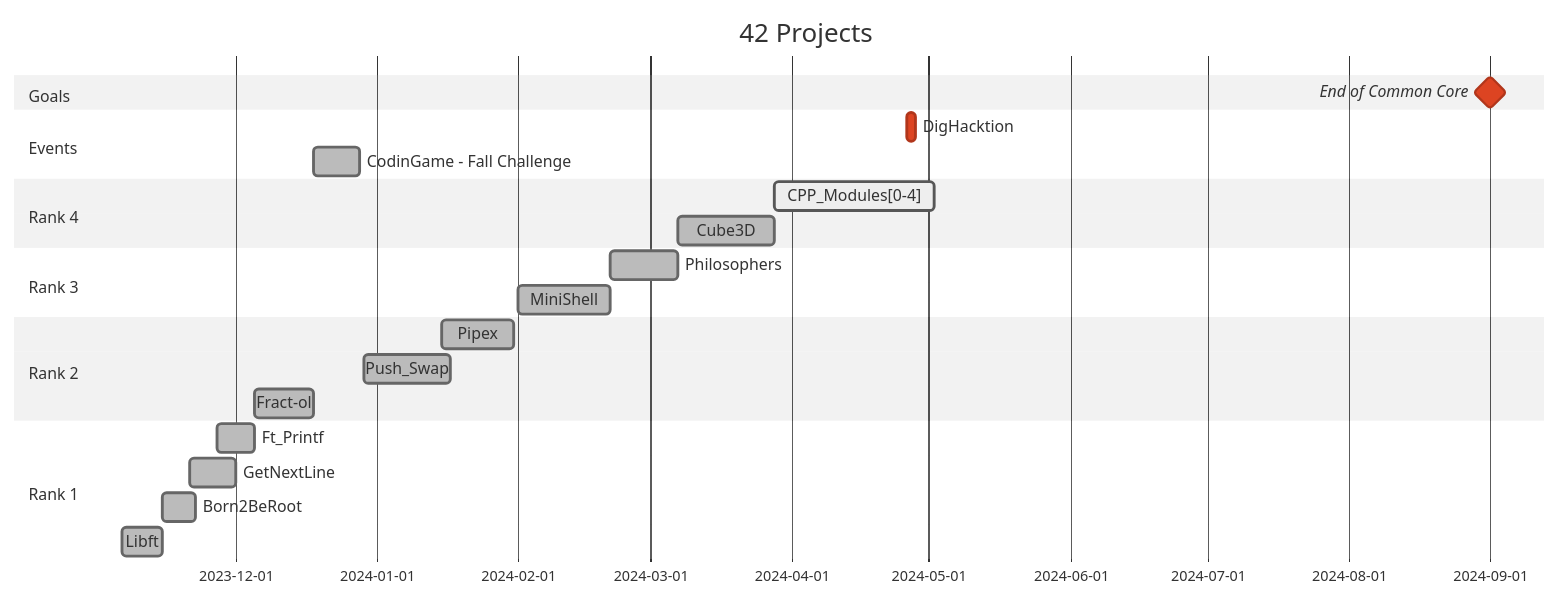
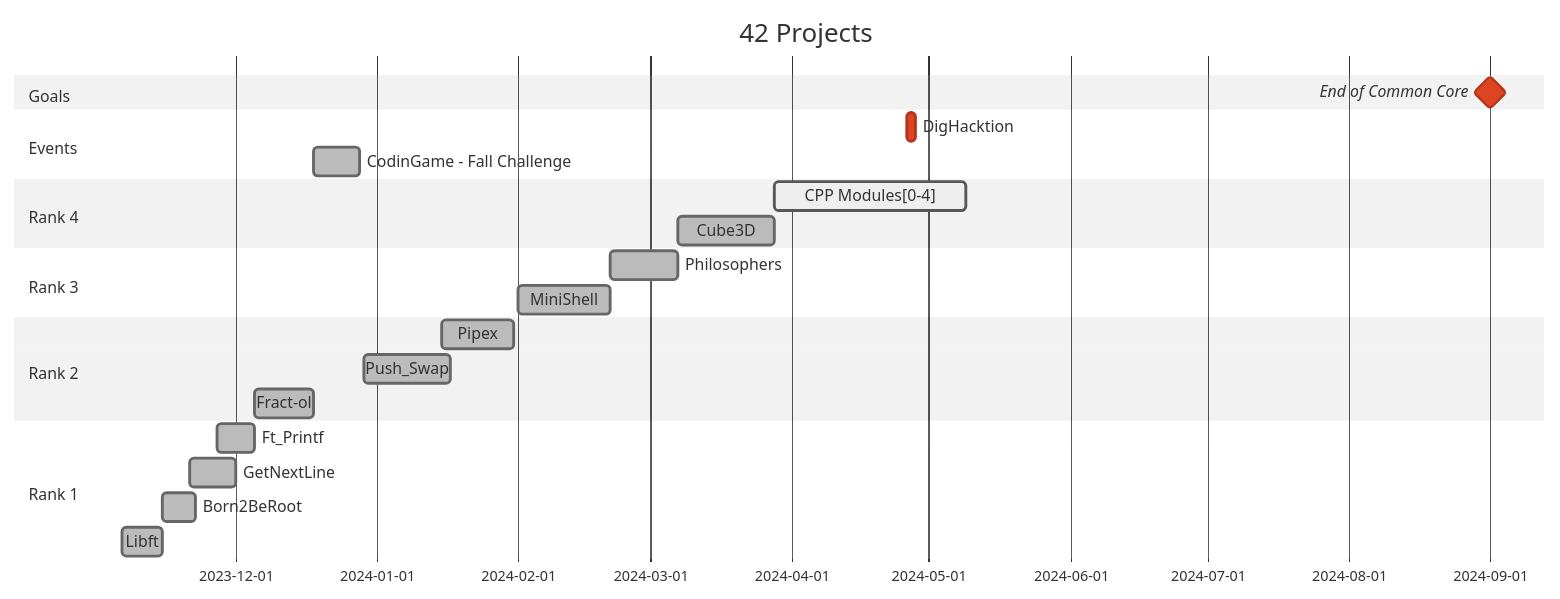
One commit to Tablerase/42_Projects changed the diagram in README.md. Above: the diagram before and after it, drawn with Mermaid (neutral theme). The commit also changed 1 other file, not shown here.

Commit message:
add microshell file - update info

````diff
--- a/README.md
+++ b/README.md
@@ -61,31 +61,31 @@
 ```mermaid
 gantt
     title 42 Projects
     dateFormat  YYYY-MM-DD
 
     section Goals
     End of Common Core : milestone, crit, m1, 2024-09-01, 1m
 
     section Events
     DigHacktion :crit, 2024-04-26, 2024-04-28
     CodinGame - Fall Challenge :done, 2023-12-18, 2023-12-28
 
     section Rank 4
-    CPP_Modules[0-4] :active, 2024-03-28, 5w
+    CPP Modules[0-4] :active, 2024-03-28, 6w
     Cube3D :done, 2024-03-07, 2024-03-28
   
     section Rank 3
     Philosophers :done, 2024-02-21, 2024-03-07
     MiniShell :done, 2024-02-01, 2024-02-21
 
     section Rank 2
     Pipex :done, 2024-01-15, 2024-01-31
     Push_Swap :done, 2023-12-29, 2024-01-17
     Fract-ol :done, 2023-12-05, 2023-12-18
 
     section Rank 1
     Ft_Printf :done, 2023-11-27, 2023-12-05
     GetNextLine :done, 2023-11-21, 2023-12-01
     Born2BeRoot :done, 2023-11-15, 2023-11-22
     Libft :done, 2023-11-06, 2023-11-15
 ```
````
